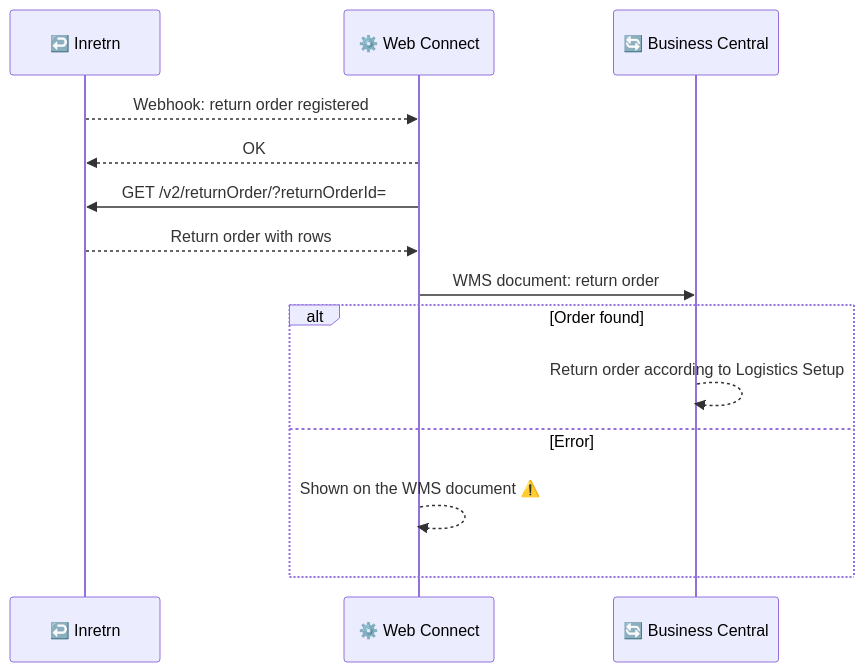
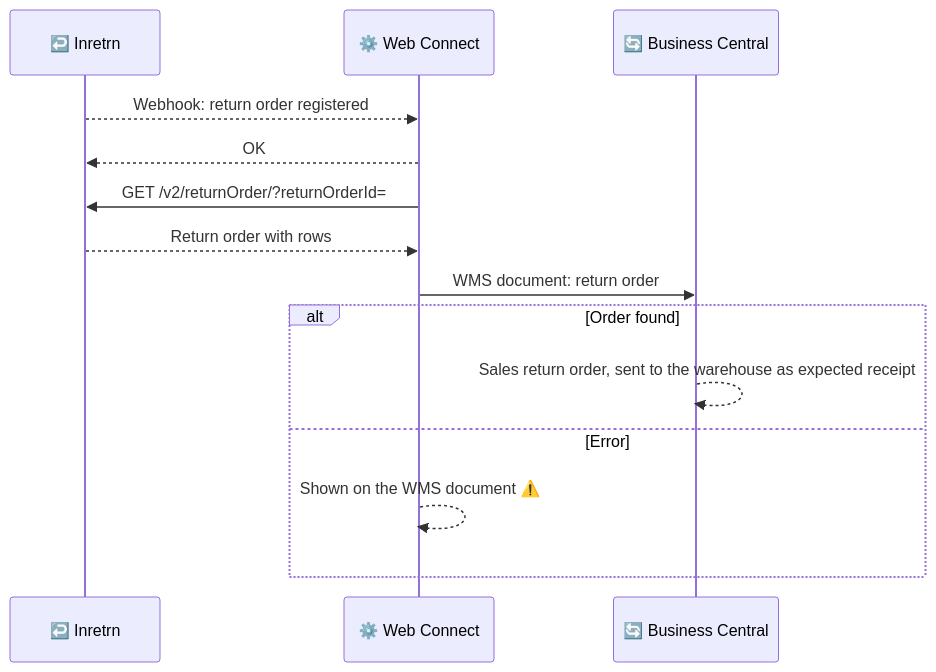
The diagram in docs/products/web-connect/integrations/inretrn/flows/return-orders.md (Combine-IT-ab/docs-general), drawn with Mermaid before and after one commit. The commit also changed other lines of this file and 1 other file, not shown here.

````diff
--- a/docs/products/web-connect/integrations/inretrn/flows/return-orders.md
+++ b/docs/products/web-connect/integrations/inretrn/flows/return-orders.md
@@ -43,17 +44,17 @@
 ```mermaid
 sequenceDiagram
     participant IR as ↩️ Inretrn
     participant WC as ⚙️ Web Connect
     participant BC as 🔄 Business Central
 
     IR-->>WC: Webhook: return order registered
     WC-->>IR: OK
     WC->>IR: GET /v2/returnOrder/?returnOrderId=
     IR-->>WC: Return order with rows
     WC->>BC: WMS document: return order
     alt Order found
-        BC-->>BC: Return order according to Logistics Setup
+        BC-->>BC: Sales return order, sent to the warehouse as expected receipt
     else Error
         WC-->>WC: Shown on the WMS document ⚠️
     end
 ```
````
